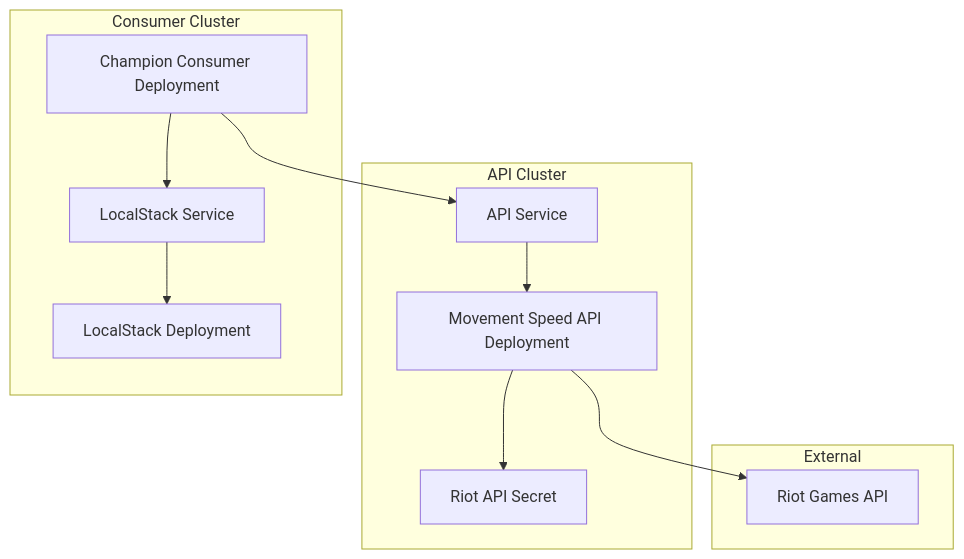
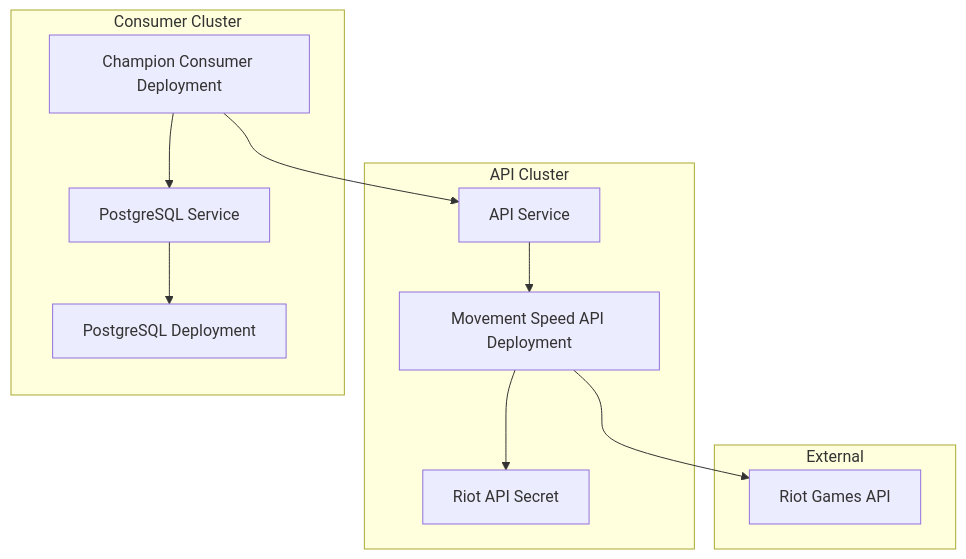
The first of 4 diagrams in docs/consumer-architecture-diagram.md (marcopaulosilva/poc_devin), drawn with Mermaid before and after one commit. The commit also changed other lines of this file, not shown here.

Commit message:
Update architecture diagram to reflect PostgreSQL integration

````diff
--- a/docs/consumer-architecture-diagram.md
+++ b/docs/consumer-architecture-diagram.md
@@ -9,25 +9,25 @@
 ```mermaid
 graph TD
     subgraph "API Cluster"
         A[Movement Speed API Deployment]
         B[API Service]
         C[Riot API Secret]
     end
     
     subgraph "Consumer Cluster"
         D[Champion Consumer Deployment]
-        E[LocalStack Deployment]
-        F[LocalStack Service]
+        E[PostgreSQL Deployment]
+        F[PostgreSQL Service]
     end
     
     subgraph "External"
         G[Riot Games API]
     end
     
     A --> C
     A --> G
     B --> A
     D --> B
     D --> F
     F --> E
 ```
````
